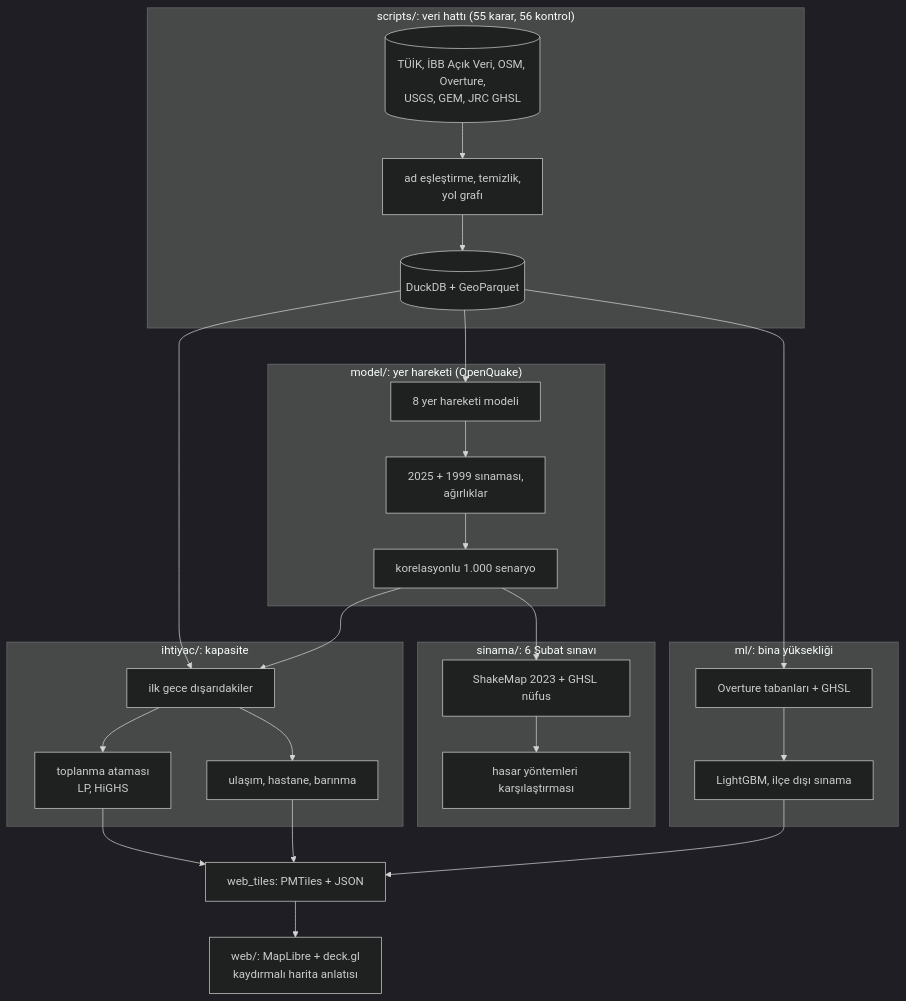
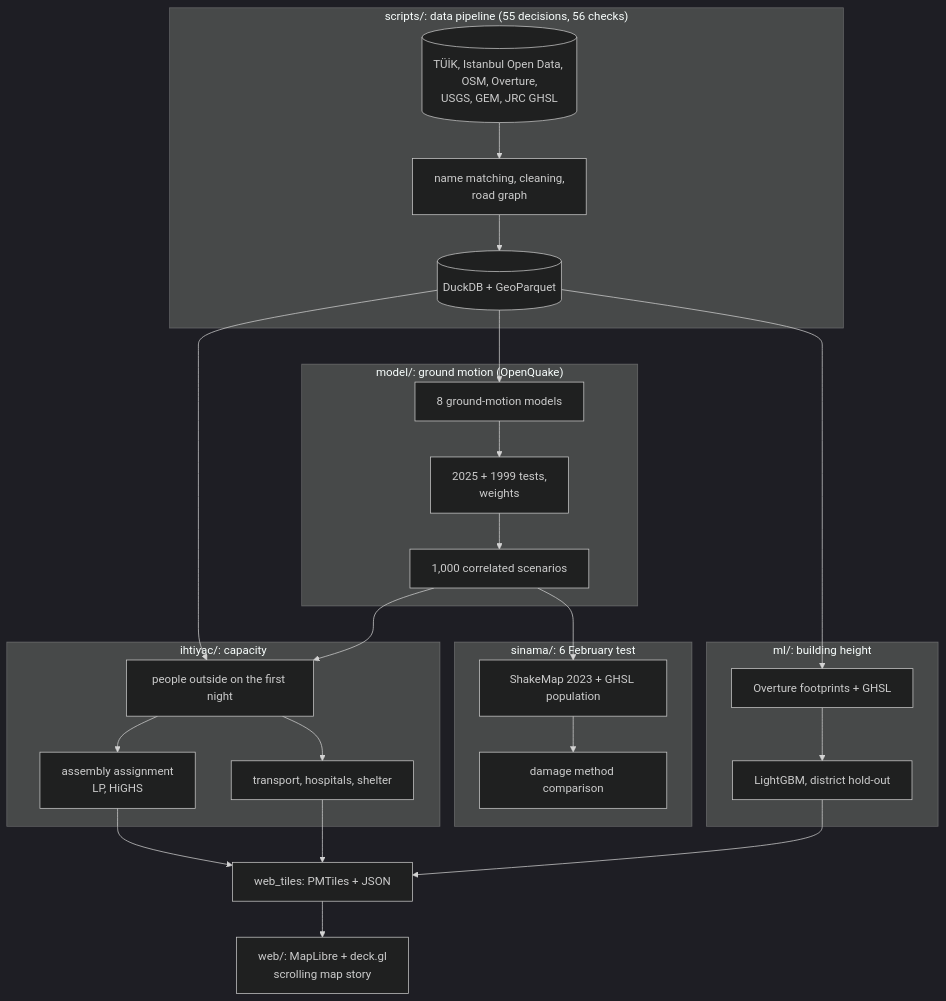
One commit to mertkkenarr-dev/istanbul-ilk-gece changed the diagram in README.md. Above: the diagram before and after it, drawn with Mermaid (dark theme). The commit also changed other lines of this file and 19 other files, not shown here.

````diff
--- a/README.md
+++ b/README.md
@@ -27,25 +32,25 @@
 ```mermaid
 flowchart TB
-  subgraph Veri["scripts/: veri hattı (55 karar, 56 kontrol)"]
-    R[(TÜİK, İBB Açık Veri, OSM, Overture,<br/>USGS, GEM, JRC GHSL)] --> H[ad eşleştirme, temizlik,<br/>yol grafı]
+  subgraph Data["scripts/: data pipeline (55 decisions, 56 checks)"]
+    R[(TÜİK, Istanbul Open Data, OSM, Overture,<br/>USGS, GEM, JRC GHSL)] --> H[name matching, cleaning,<br/>road graph]
     H --> DB[(DuckDB + GeoParquet)]
   end
-  subgraph YH["model/: yer hareketi (OpenQuake)"]
-    G[8 yer hareketi modeli] --> V[2025 + 1999 sınaması,<br/>ağırlıklar]
-    V --> F[korelasyonlu 1.000 senaryo]
+  subgraph GM["model/: ground motion (OpenQuake)"]
+    G[8 ground-motion models] --> V[2025 + 1999 tests,<br/>weights]
+    V --> F[1,000 correlated scenarios]
   end
-  subgraph Sinama["sinama/: 6 Şubat sınavı"]
-    S23[ShakeMap 2023 + GHSL nüfus] --> T[hasar yöntemleri karşılaştırması]
+  subgraph Test["sinama/: 6 February test"]
+    S23[ShakeMap 2023 + GHSL population] --> T[damage method comparison]
   end
-  subgraph ML["ml/: bina yüksekliği"]
-    B[Overture tabanları + GHSL] --> LGB[LightGBM, ilçe dışı sınama]
+  subgraph ML["ml/: building height"]
+    B[Overture footprints + GHSL] --> LGB[LightGBM, district hold-out]
   end
-  subgraph Ihtiyac["ihtiyac/: kapasite"]
-    D[ilk gece dışarıdakiler] --> LP[toplanma ataması<br/>LP, HiGHS]
-    D --> K[ulaşım, hastane, barınma]
+  subgraph Needs["ihtiyac/: capacity"]
+    D[people outside on the first night] --> LP[assembly assignment<br/>LP, HiGHS]
+    D --> K[transport, hospitals, shelter]
   end
   DB --> G & D & B
   F --> D & S23
   LP & K & LGB --> TL[web_tiles: PMTiles + JSON]
-  TL --> W[web/: MapLibre + deck.gl<br/>kaydırmalı harita anlatısı]
+  TL --> W[web/: MapLibre + deck.gl<br/>scrolling map story]
 ```
````
